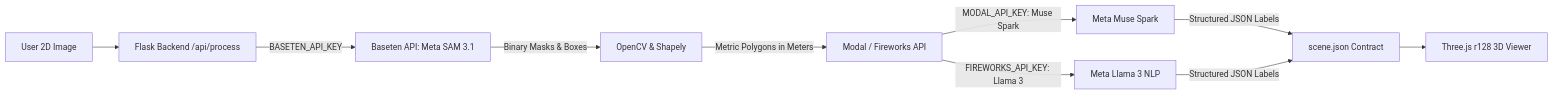
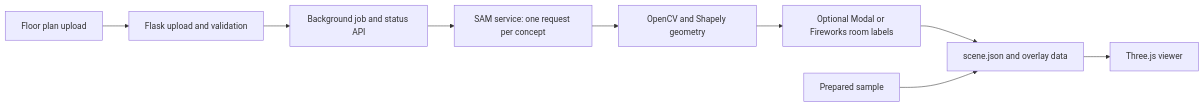
One commit to tanmaysandhu55/meta-hackathon-blueprint3d changed the diagram in README.md. Above: the diagram before and after it, drawn with Mermaid. The commit also changed other lines of this file and 15 other files, not shown here.

Commit message:
Publish FloorPlan3D hackathon prototype

````diff
--- a/README.md
+++ b/README.md
@@ -11,11 +18,11 @@
 ```mermaid
 flowchart LR
-    A[User 2D Image] --> B[Flask Backend /api/process]
-    B -->|BASETEN_API_KEY| C[Baseten API: Meta SAM 3.1]
-    C -->|Binary Masks & Boxes| D[OpenCV & Shapely]
-    D -->|Metric Polygons in Meters| E[Modal / Fireworks API]
-    E -->|MODAL_API_KEY: Muse Spark| F[Meta Muse Spark]
-    E -->|FIREWORKS_API_KEY: Llama 3| G[Meta Llama 3 NLP]
-    F & G -->|Structured JSON Labels| H[scene.json Contract]
-    H --> I[Three.js r128 3D Viewer]
+    A[Floor plan upload] --> B[Flask upload and validation]
+    B --> C[Background job and status API]
+    C --> D[SAM service: one request per concept]
+    D --> E[OpenCV and Shapely geometry]
+    E --> F[Optional Modal or Fireworks room labels]
+    F --> G[scene.json and overlay data]
+    G --> H[Three.js viewer]
+    I[Prepared sample] --> G
 ```
````
